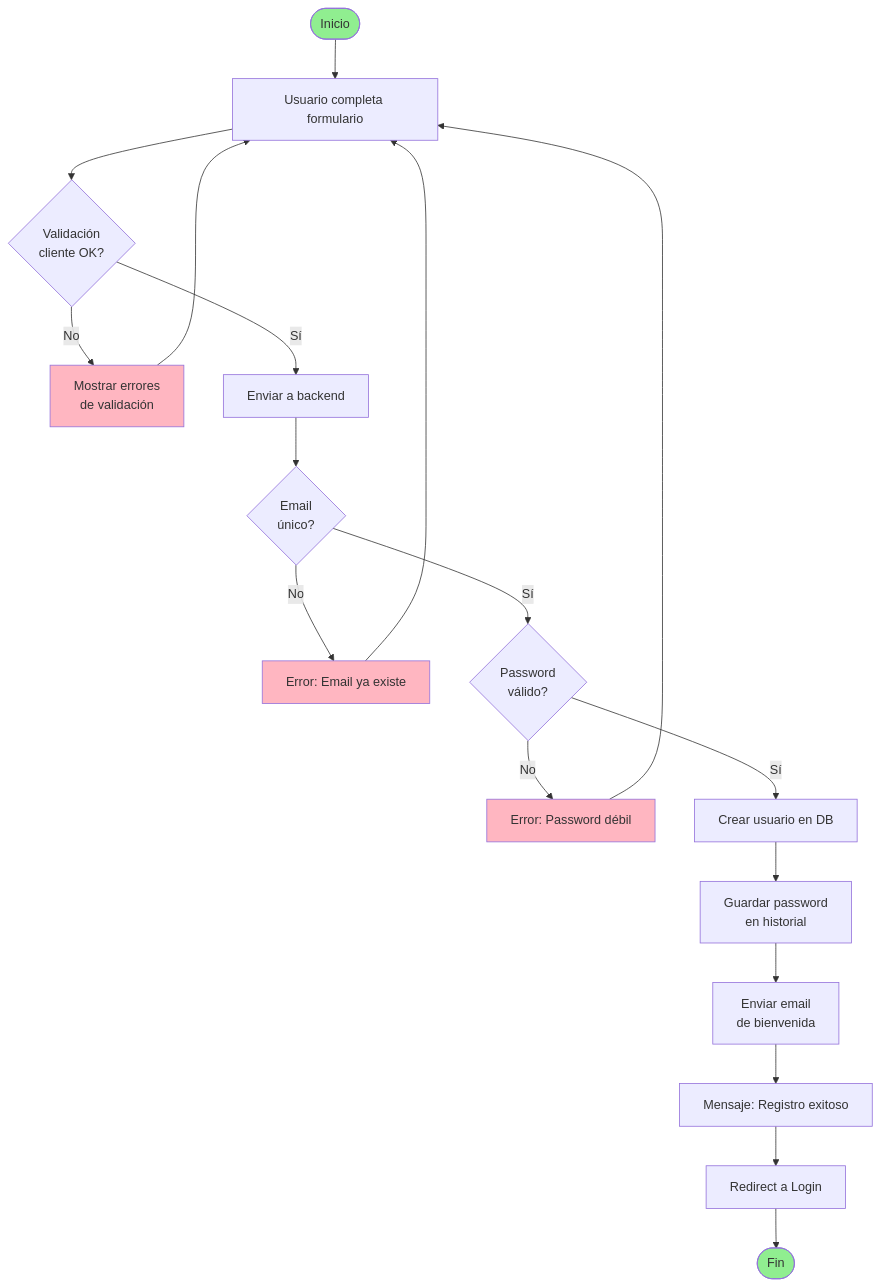
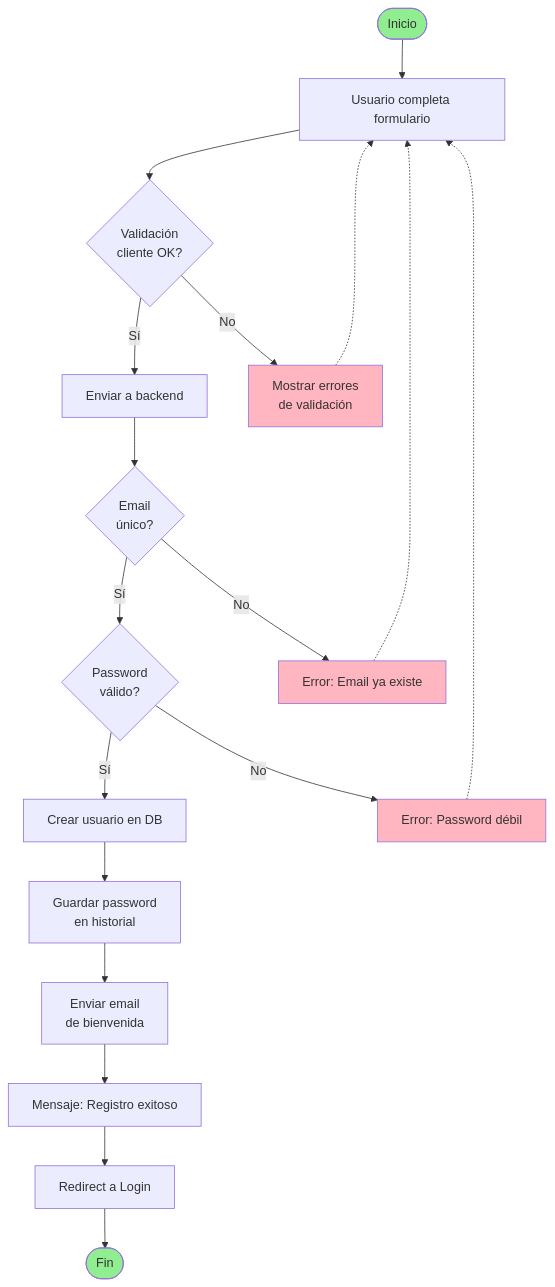
The first of 7 diagrams in docs/diagramas/DIAGRAMA_ACTIVIDAD.md (santi18melo/experticie), drawn with Mermaid before and after one commit. The commit also changed other lines of this file and 2 other files, not shown here.

Commit message:
docs: optimize diagrams to reduce crossing lines significantly and restore prod deps

````diff
--- a/docs/diagramas/DIAGRAMA_ACTIVIDAD.md
+++ b/docs/diagramas/DIAGRAMA_ACTIVIDAD.md
@@ -21,32 +21,34 @@
 ```mermaid
 flowchart TD
     Start([Inicio]) --> Input[Usuario completa formulario]
     Input --> ValidateClient{Validación<br/>cliente OK?}
     
-    ValidateClient -->|No| ShowError1[Mostrar errores<br/>de validación]
-    ShowError1 --> Input
-    
+    %% Happy Path
     ValidateClient -->|Sí| Submit[Enviar a backend]
     Submit --> CheckEmail{Email<br/>único?}
     
-    CheckEmail -->|No| EmailExists[Error: Email ya existe]
-    EmailExists --> Input
-    
     CheckEmail -->|Sí| CheckPass{Password<br/>válido?}
-    
-    CheckPass -->|No| PassWeak[Error: Password débil]
-    PassWeak --> Input
     
     CheckPass -->|Sí| CreateUser[Crear usuario en DB]
     CreateUser --> SaveHistory[Guardar password<br/>en historial]
     SaveHistory --> SendEmail[Enviar email<br/>de bienvenida]
     SendEmail --> ShowSuccess[Mensaje: Registro exitoso]
     ShowSuccess --> RedirectLogin[Redirect a Login]
     RedirectLogin --> End([Fin])
+
+    %% Error Loops (Dotted for cleaner visuals)
+    ValidateClient -- No --> ShowError1[Mostrar errores<br/>de validación]
+    ShowError1 -.-> Input
+    
+    CheckEmail -- No --> EmailExists[Error: Email ya existe]
+    EmailExists -.-> Input
+    
+    CheckPass -- No --> PassWeak[Error: Password débil]
+    PassWeak -.-> Input
     
     style Start fill:#90EE90
     style End fill:#90EE90
     style ShowError1 fill:#FFB6C1
     style EmailExists fill:#FFB6C1
     style PassWeak fill:#FFB6C1
 ```
````
